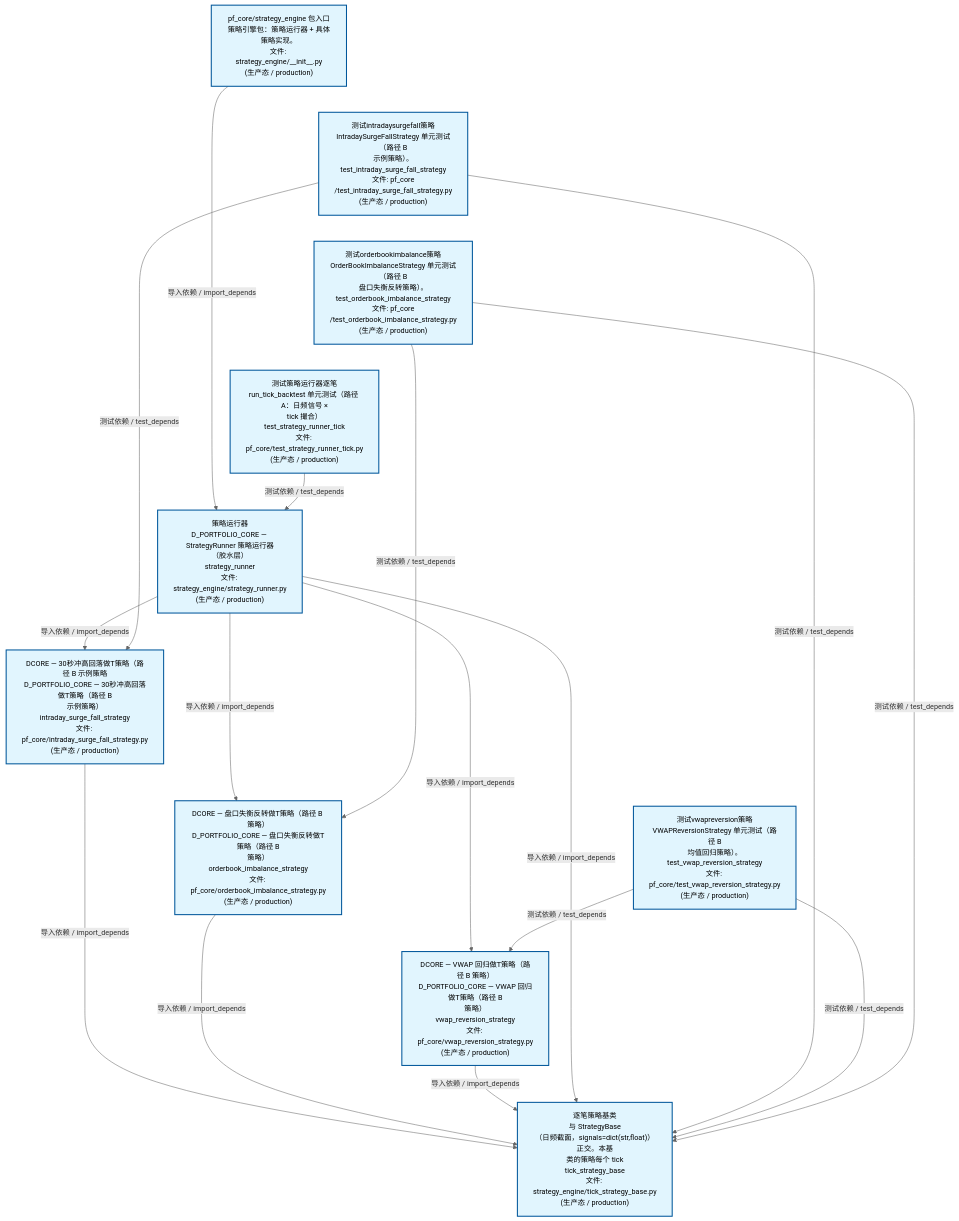
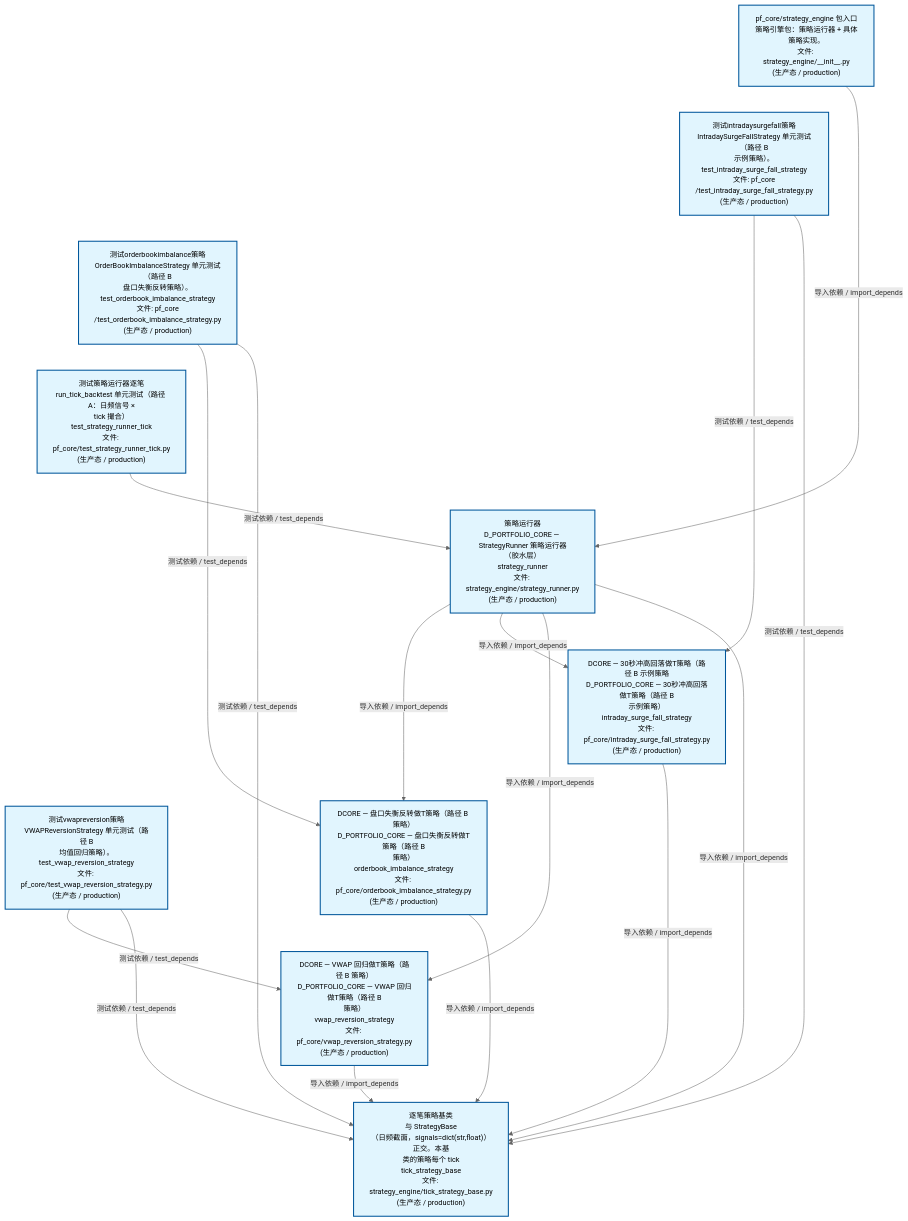
The second of 4 diagrams in docs/02_enterprise_architecture/02_domain_architecture_docs/63_d_pf_core.md (xuanFelixVan/ZephyrAlpha), drawn with Mermaid before and after one commit. The commit also changed other lines of this file and 42 other files, not shown here.

````diff
--- a/docs/02_enterprise_architecture/02_domain_architecture_docs/63_d_pf_core.md
+++ b/docs/02_enterprise_architecture/02_domain_architecture_docs/63_d_pf_core.md
@@ -134,40 +134,40 @@
 ```mermaid
 %%{init: {'theme': 'base', 'themeVariables': {'primaryColor': '#eaeaea', 'primaryTextColor': '#333333', 'primaryBorderColor': '#666666', 'lineColor': '#666666', 'secondaryColor': '#eaeaea', 'tertiaryColor': '#eaeaea', 'fontSize': '14px'}}}%%
 flowchart TD
     src_zephyr_pf_core_strategy_engine_init_py["pf_core/strategy_engine 包入口<br/>策略引擎包：策略运行器 + 具体策略实现。<br/>文件: strategy_engine/__init__.py<br/>(生产态 / production)"]
     tests_pf_core_test_intraday_surge_fall_strategy_py["测试intradaysurgefall策略<br/>IntradaySurgeFallStrategy 单元测试（路径 B<br/>示例策略）。<br/>test_intraday_surge_fall_strategy<br/>文件: pf_core<br/>/test_intraday_surge_fall_strategy.py<br/>(生产态 / production)"]
     tests_pf_core_test_orderbook_imbalance_strategy_py["测试orderbookimbalance策略<br/>OrderBookImbalanceStrategy 单元测试（路径 B<br/>盘口失衡反转策略）。<br/>test_orderbook_imbalance_strategy<br/>文件: pf_core<br/>/test_orderbook_imbalance_strategy.py<br/>(生产态 / production)"]
     tests_pf_core_test_strategy_runner_tick_py["测试策略运行器逐笔<br/>run_tick_backtest 单元测试（路径 A：日频信号 ×<br/>tick 撮合）<br/>test_strategy_runner_tick<br/>文件: pf_core/test_strategy_runner_tick.py<br/>(生产态 / production)"]
     tests_pf_core_test_vwap_reversion_strategy_py["测试vwapreversion策略<br/>VWAPReversionStrategy 单元测试（路径 B<br/>均值回归策略）。<br/>test_vwap_reversion_strategy<br/>文件: pf_core/test_vwap_reversion_strategy.py<br/>(生产态 / production)"]
     src_zephyr_pf_core_strategy_engine_init_py ~~~ tests_pf_core_test_intraday_surge_fall_strategy_py
     tests_pf_core_test_intraday_surge_fall_strategy_py ~~~ tests_pf_core_test_orderbook_imbalance_strategy_py
     tests_pf_core_test_orderbook_imbalance_strategy_py ~~~ tests_pf_core_test_strategy_runner_tick_py
     tests_pf_core_test_strategy_runner_tick_py ~~~ tests_pf_core_test_vwap_reversion_strategy_py
     src_zephyr_pf_core_strategy_engine_strategy_runner_py["策略运行器<br/>D_PORTFOLIO_CORE — StrategyRunner 策略运行器<br/>（胶水层）<br/>strategy_runner<br/>文件: strategy_engine/strategy_runner.py<br/>(生产态 / production)"]
     src_zephyr_pf_core_intraday_surge_fall_strategy_py["DCORE — 30秒冲高回落做T策略（路径 B 示例策略<br/>D_PORTFOLIO_CORE — 30秒冲高回落做T策略（路径 B<br/>示例策略）<br/>intraday_surge_fall_strategy<br/>文件: pf_core/intraday_surge_fall_strategy.py<br/>(生产态 / production)"]
     src_zephyr_pf_core_orderbook_imbalance_strategy_py["DCORE — 盘口失衡反转做T策略（路径 B 策略）<br/>D_PORTFOLIO_CORE — 盘口失衡反转做T策略（路径 B<br/>策略）<br/>orderbook_imbalance_strategy<br/>文件: pf_core/orderbook_imbalance_strategy.py<br/>(生产态 / production)"]
     src_zephyr_pf_core_vwap_reversion_strategy_py["DCORE — VWAP 回归做T策略（路径 B 策略）<br/>D_PORTFOLIO_CORE — VWAP 回归做T策略（路径 B<br/>策略）<br/>vwap_reversion_strategy<br/>文件: pf_core/vwap_reversion_strategy.py<br/>(生产态 / production)"]
     src_zephyr_pf_core_intraday_surge_fall_strategy_py ~~~ src_zephyr_pf_core_orderbook_imbalance_strategy_py
     src_zephyr_pf_core_orderbook_imbalance_strategy_py ~~~ src_zephyr_pf_core_vwap_reversion_strategy_py
     src_zephyr_pf_core_strategy_engine_tick_strategy_base_py["逐笔策略基类<br/>与 StrategyBase<br/>（日频截面，signals=dict(str,float)）正交。本基<br/>类的策略每个 tick<br/>tick_strategy_base<br/>文件: strategy_engine/tick_strategy_base.py<br/>(生产态 / production)"]
+    src_zephyr_pf_core_orderbook_imbalance_strategy_py -->|导入依赖 / import_depends| src_zephyr_pf_core_strategy_engine_tick_strategy_base_py
     src_zephyr_pf_core_intraday_surge_fall_strategy_py -->|导入依赖 / import_depends| src_zephyr_pf_core_strategy_engine_tick_strategy_base_py
-    src_zephyr_pf_core_orderbook_imbalance_strategy_py -->|导入依赖 / import_depends| src_zephyr_pf_core_strategy_engine_tick_strategy_base_py
     src_zephyr_pf_core_vwap_reversion_strategy_py -->|导入依赖 / import_depends| src_zephyr_pf_core_strategy_engine_tick_strategy_base_py
+    src_zephyr_pf_core_strategy_engine_init_py -->|导入依赖 / import_depends| src_zephyr_pf_core_strategy_engine_strategy_runner_py
+    src_zephyr_pf_core_strategy_engine_strategy_runner_py -->|导入依赖 / import_depends| src_zephyr_pf_core_orderbook_imbalance_strategy_py
     src_zephyr_pf_core_strategy_engine_strategy_runner_py -->|导入依赖 / import_depends| src_zephyr_pf_core_intraday_surge_fall_strategy_py
-    src_zephyr_pf_core_strategy_engine_strategy_runner_py -->|导入依赖 / import_depends| src_zephyr_pf_core_orderbook_imbalance_strategy_py
     src_zephyr_pf_core_strategy_engine_strategy_runner_py -->|导入依赖 / import_depends| src_zephyr_pf_core_vwap_reversion_strategy_py
     src_zephyr_pf_core_strategy_engine_strategy_runner_py -->|导入依赖 / import_depends| src_zephyr_pf_core_strategy_engine_tick_strategy_base_py
-    src_zephyr_pf_core_strategy_engine_init_py -->|导入依赖 / import_depends| src_zephyr_pf_core_strategy_engine_strategy_runner_py
     tests_pf_core_test_intraday_surge_fall_strategy_py -->|测试依赖 / test_depends| src_zephyr_pf_core_intraday_surge_fall_strategy_py
     tests_pf_core_test_intraday_surge_fall_strategy_py -->|测试依赖 / test_depends| src_zephyr_pf_core_strategy_engine_tick_strategy_base_py
     tests_pf_core_test_strategy_runner_tick_py -->|测试依赖 / test_depends| src_zephyr_pf_core_strategy_engine_strategy_runner_py
+    tests_pf_core_test_orderbook_imbalance_strategy_py -->|测试依赖 / test_depends| src_zephyr_pf_core_orderbook_imbalance_strategy_py
+    tests_pf_core_test_orderbook_imbalance_strategy_py -->|测试依赖 / test_depends| src_zephyr_pf_core_strategy_engine_tick_strategy_base_py
     tests_pf_core_test_vwap_reversion_strategy_py -->|测试依赖 / test_depends| src_zephyr_pf_core_vwap_reversion_strategy_py
     tests_pf_core_test_vwap_reversion_strategy_py -->|测试依赖 / test_depends| src_zephyr_pf_core_strategy_engine_tick_strategy_base_py
-    tests_pf_core_test_orderbook_imbalance_strategy_py -->|测试依赖 / test_depends| src_zephyr_pf_core_orderbook_imbalance_strategy_py
-    tests_pf_core_test_orderbook_imbalance_strategy_py -->|测试依赖 / test_depends| src_zephyr_pf_core_strategy_engine_tick_strategy_base_py
     classDef production fill:#e1f5fe,stroke:#01579b,stroke-width:2px,color:#000
     classDef design fill:#fff3e0,stroke:#e65100,stroke-width:2px,color:#000,stroke-dasharray: 5 5
     classDef external_prod fill:#e8f4fd,stroke:#0277bd,stroke-width:1px,color:#000
     classDef external_design fill:#fff8e7,stroke:#ef6c00,stroke-width:1px,color:#000,stroke-dasharray: 5 5
     class src_zephyr_pf_core_intraday_surge_fall_strategy_py,src_zephyr_pf_core_orderbook_imbalance_strategy_py,src_zephyr_pf_core_strategy_engine_init_py,src_zephyr_pf_core_strategy_engine_strategy_runner_py,src_zephyr_pf_core_strategy_engine_tick_strategy_base_py,src_zephyr_pf_core_vwap_reversion_strategy_py,tests_pf_core_test_intraday_surge_fall_strategy_py,tests_pf_core_test_orderbook_imbalance_strategy_py,tests_pf_core_test_strategy_runner_tick_py,tests_pf_core_test_vwap_reversion_strategy_py production
 ```
````
